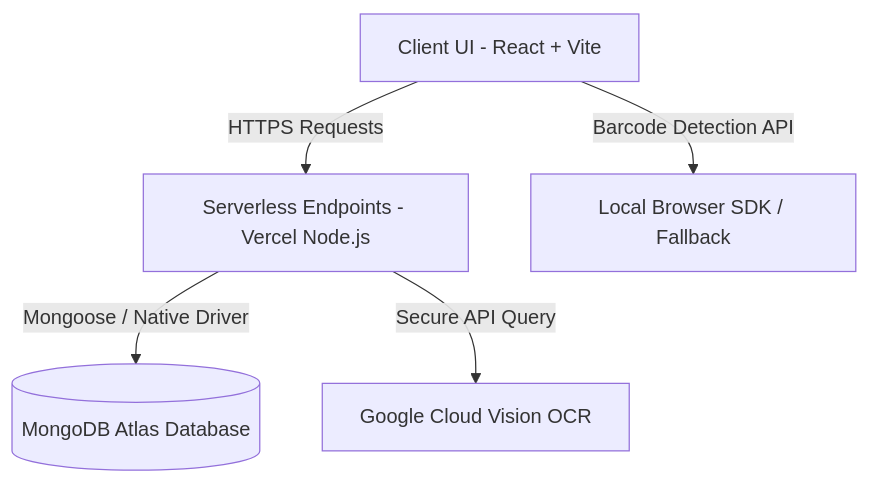
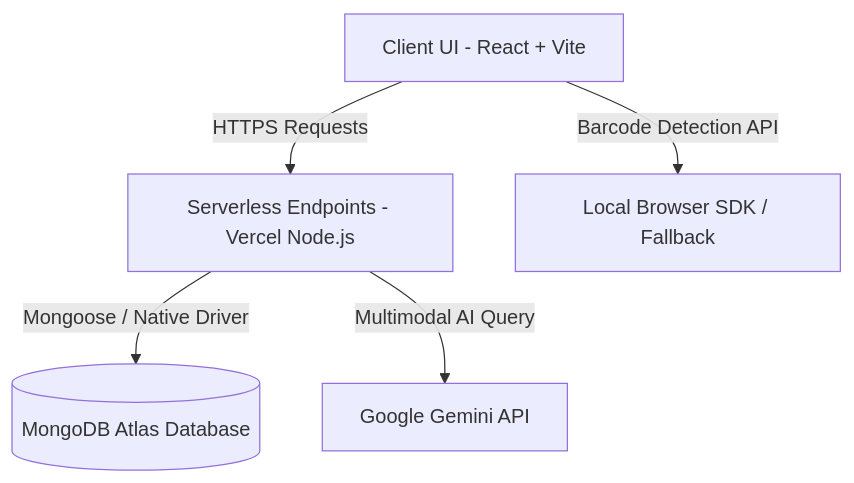
One commit to Srujan-AI-ML/Label-Lens changed the diagram in docs/DEVELOPER_GUIDE.md. Above: the diagram before and after it, drawn with Mermaid. The commit also changed other lines of this file and 3 other files, not shown here.

Commit message:
feat(ai): enforce Google Gemini API as sole multimodal vision and scanning system

````diff
--- a/docs/DEVELOPER_GUIDE.md
+++ b/docs/DEVELOPER_GUIDE.md
@@ -15,7 +15,7 @@
 ```mermaid
 graph TD
     A[Client UI - React + Vite] -->|HTTPS Requests| B[Serverless Endpoints - Vercel Node.js]
     B -->|Mongoose / Native Driver| C[(MongoDB Atlas Database)]
-    B -->|Secure API Query| D[Google Cloud Vision OCR]
+    B -->|Multimodal AI Query| D[Google Gemini API]
     A -->|Barcode Detection API| E[Local Browser SDK / Fallback]
 ```
````
